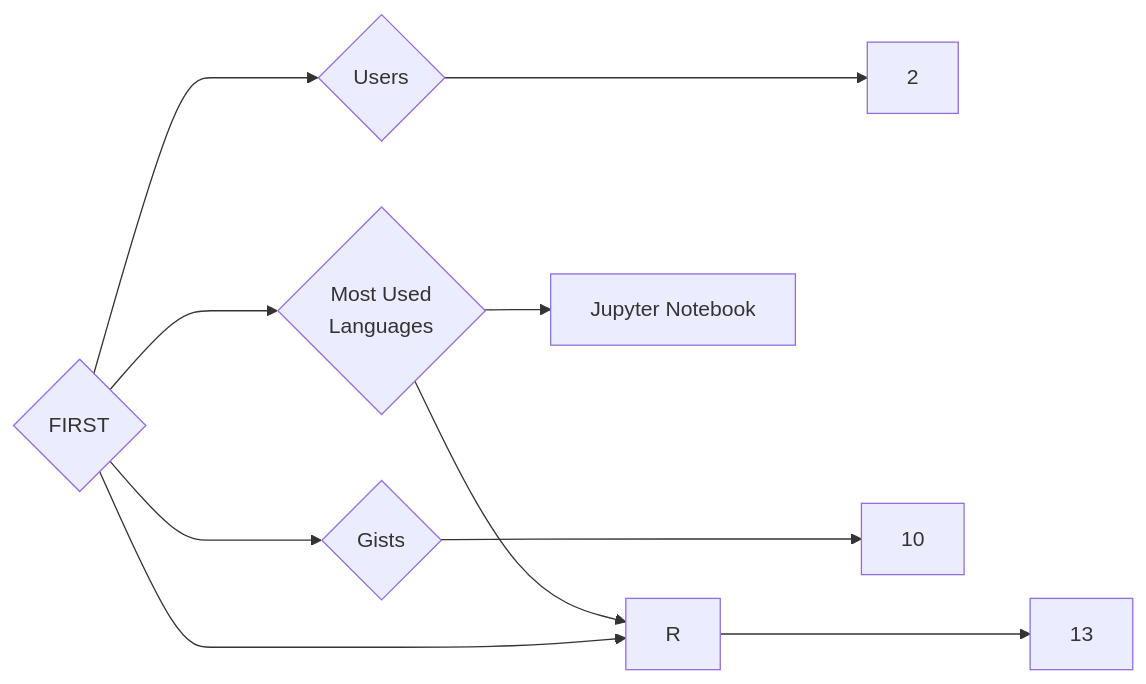
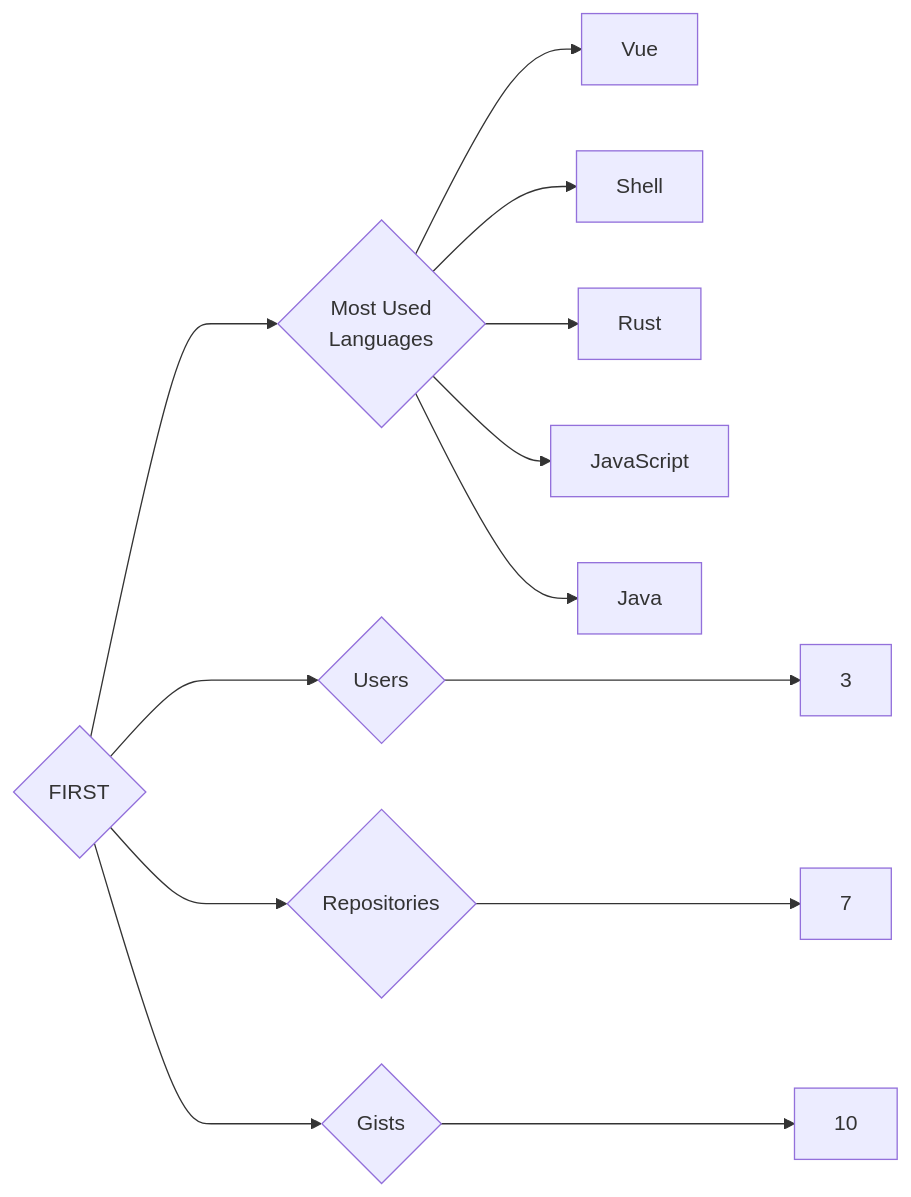
One commit to trickest/insiders changed the diagram in targets/FIRST/README.md. Above: the diagram before and after it, drawn with Mermaid. The commit also changed 988 other files, not shown here.

````diff
--- a/targets/FIRST/README.md
+++ b/targets/FIRST/README.md
@@ -3,10 +3,13 @@
 ```mermaid
 graph LR
 COMPANY_NAME{FIRST}
-COMPANY_NAME ---> U{Users} ---> UN[2]
-COMPANY_NAME ---> R{Repositories} ---> RN[13]
+COMPANY_NAME ---> U{Users} ---> UN[3]
+COMPANY_NAME ---> R{Repositories} ---> RN[7]
 COMPANY_NAME ---> G{Gists} ---> GN[10]
 COMPANY_NAME ---> ML{Most Used<br>Languages}
-ML --> Jupyter_Notebook[Jupyter Notebook]
-ML --> R[R]
+ML --> Vue[Vue]
+ML --> Shell[Shell]
+ML --> Rust[Rust]
+ML --> JavaScript[JavaScript]
+ML --> Java[Java]
 ```
````
